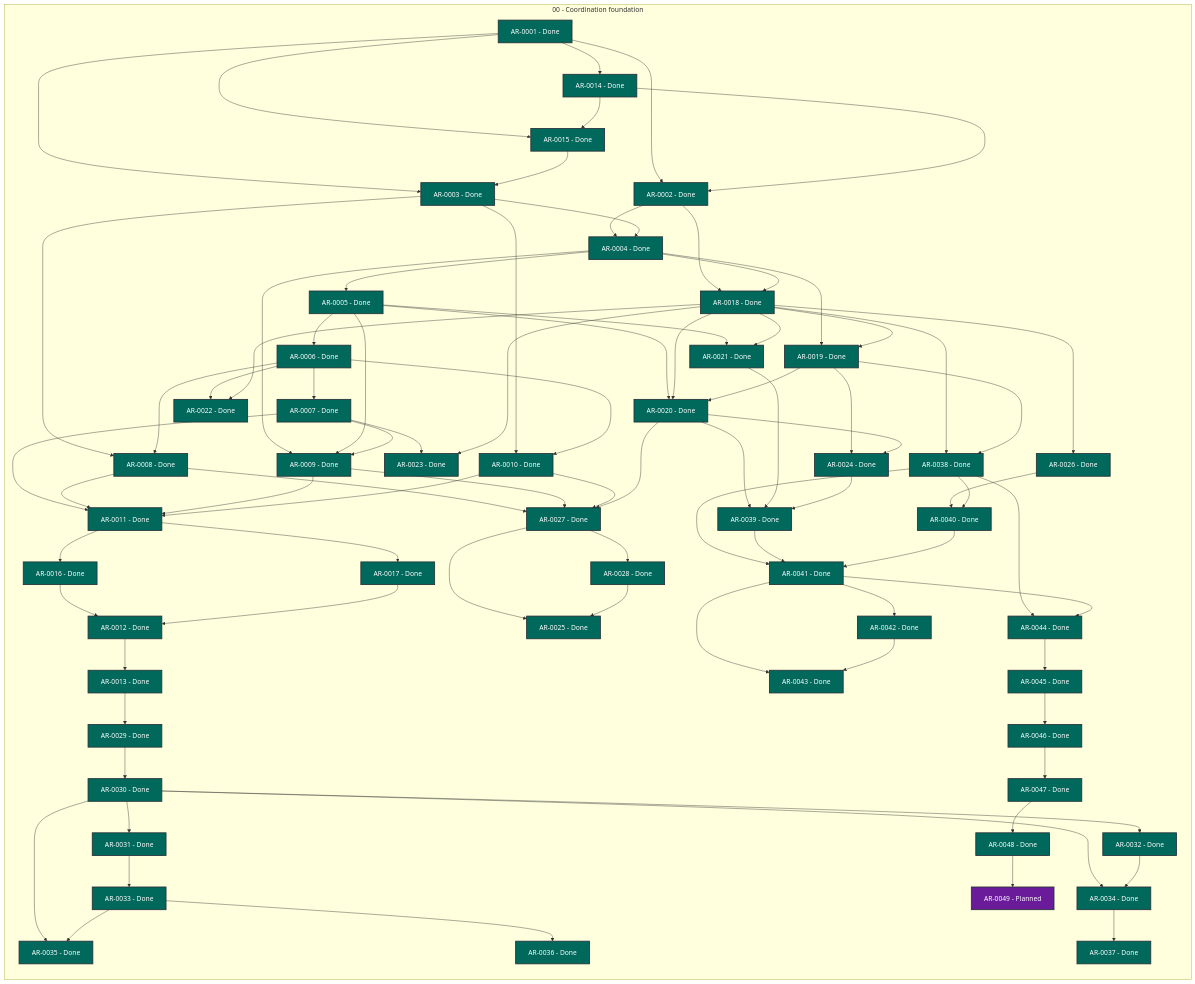
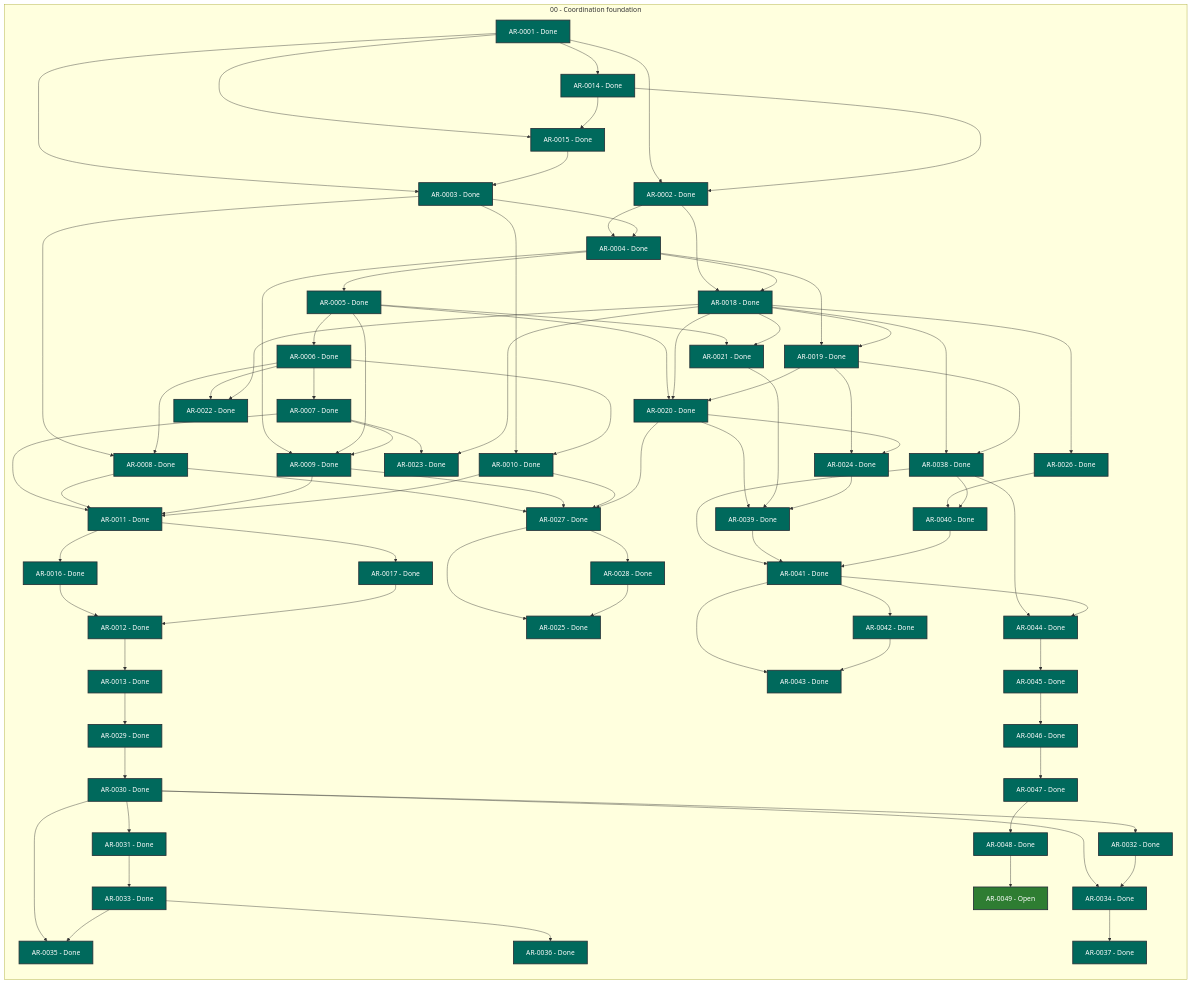
Before and after one commit to martin-beck/agent-workflow-tui-state: the diagram in STATUS.md, drawn with Mermaid. The commit also changed other lines of this file and 2 other files, not shown here.

```diff
--- a/STATUS.md
+++ b/STATUS.md
@@ -76,7 +76,7 @@
         AR_0046["AR-0046 - Done"]:::status_done
         AR_0047["AR-0047 - Done"]:::status_done
         AR_0048["AR-0048 - Done"]:::status_done
-        AR_0049["AR-0049 - Planned"]:::status_planned
+        AR_0049["AR-0049 - Open"]:::status_open
     end
     AR_0001 --> AR_0002
     AR_0001 --> AR_0003
```
